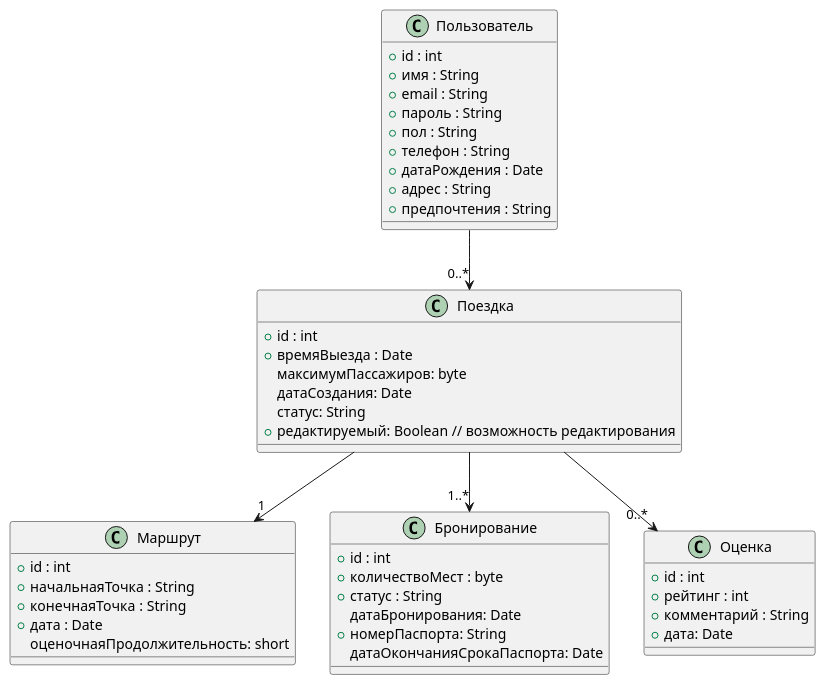
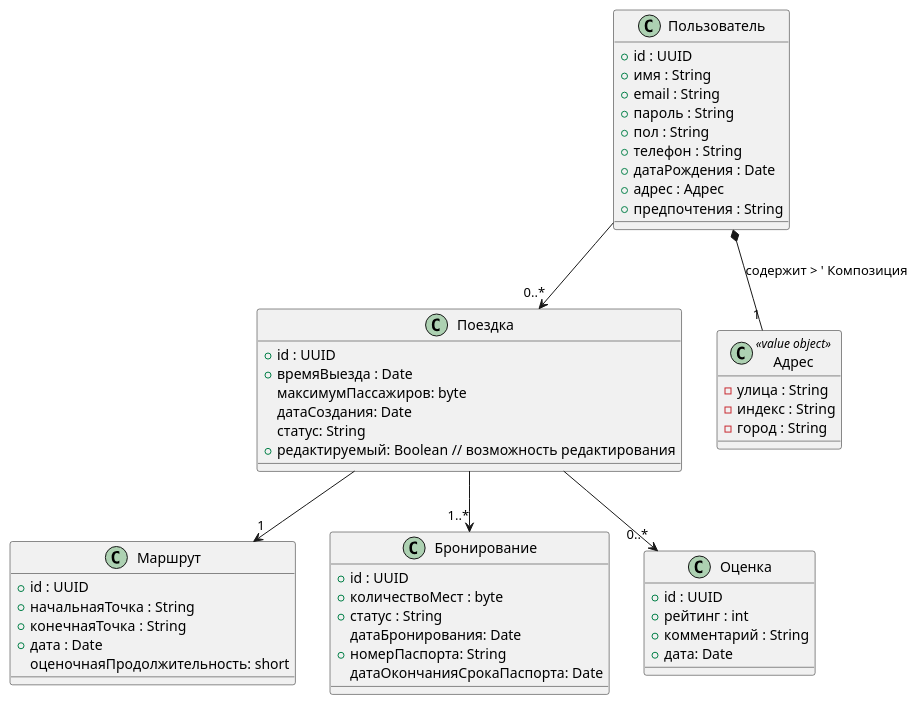
One commit to BUka228/CarPooling changed the diagram in UML/Class.puml. Above: the diagram before and after it, drawn with PlantUML. The commit also changed 3 other files, not shown here.

```diff
--- a/UML/Class.puml
+++ b/UML/Class.puml
@@ -1,54 +1,64 @@
 @startuml
 class Пользователь {
-    +id : int
+    +id : UUID
     +имя : String
     +email : String
     +пароль : String
     +пол : String
     +телефон : String
     +датаРождения : Date
-    +адрес : String
+    +адрес : Адрес
     +предпочтения : String
 }
 
 class Поездка {
-    +id : int
+    +id : UUID
     +времяВыезда : Date
     максимумПассажиров: byte
     датаСоздания: Date
     статус: String
     +редактируемый: Boolean // возможность редактирования
 }
 
 class Маршрут {
-    +id : int
+    +id : UUID
     +начальнаяТочка : String
     +конечнаяТочка : String
     +дата : Date
     оценочнаяПродолжительность: short
 }
 
 class Бронирование {
-    +id : int
+    +id : UUID
     +количествоМест : byte
     +статус : String
     датаБронирования: Date
     +номерПаспорта: String
     датаОкончанияСрокаПаспорта: Date
 }
 
 
 
 class Оценка {
-    +id : int
+    +id : UUID
     +рейтинг : int
     +комментарий : String
     +дата: Date
 }
 
+
+' Определение встраиваемого типа Адрес (Value Object)
+class Адрес <<value object>> {
+  -улица : String
+  -индекс : String
+  -город : String
+}
+
+
 Пользователь --> "0..*" Поездка
 Поездка --> "1..*" Бронирование
 Поездка --> "1" Маршрут
 Поездка --> "0..*" Оценка
+Пользователь *-- "1" Адрес : содержит > ' Композиция
 
 @enduml
```
